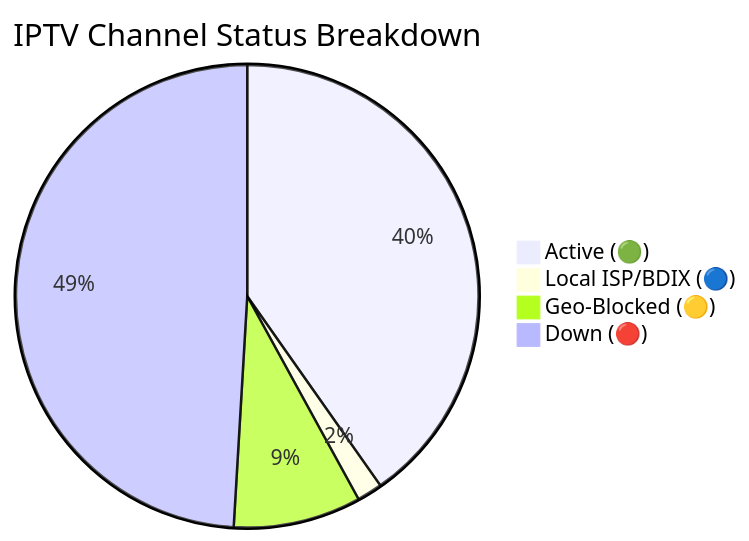
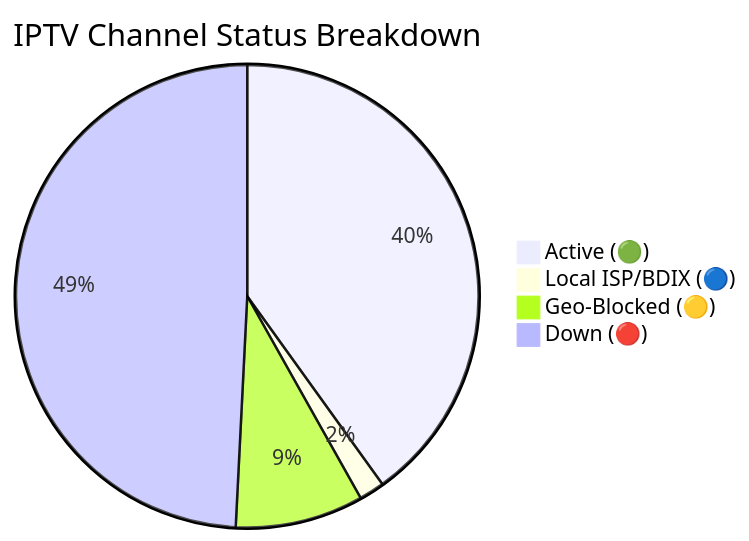
One commit to andreataylord/Ip-tv-Collection changed the diagram in README.md. Above: the diagram before and after it, drawn with Mermaid. The commit also changed other lines of this file and 1 other file, not shown here.

Commit message:
docs(readme): auto-update daily channel status chart

````diff
--- a/README.md
+++ b/README.md
@@ -59,7 +59,7 @@
 ```mermaid
 pie title IPTV Channel Status Breakdown
-    "Active (🟢)" : 2906
+    "Active (🟢)" : 2894
     "Local ISP/BDIX (🔵)" : 128
-    "Geo-Blocked (🟡)" : 644
-    "Down (🔴)" : 3543
+    "Geo-Blocked (🟡)" : 646
+    "Down (🔴)" : 3553
 ```
````
